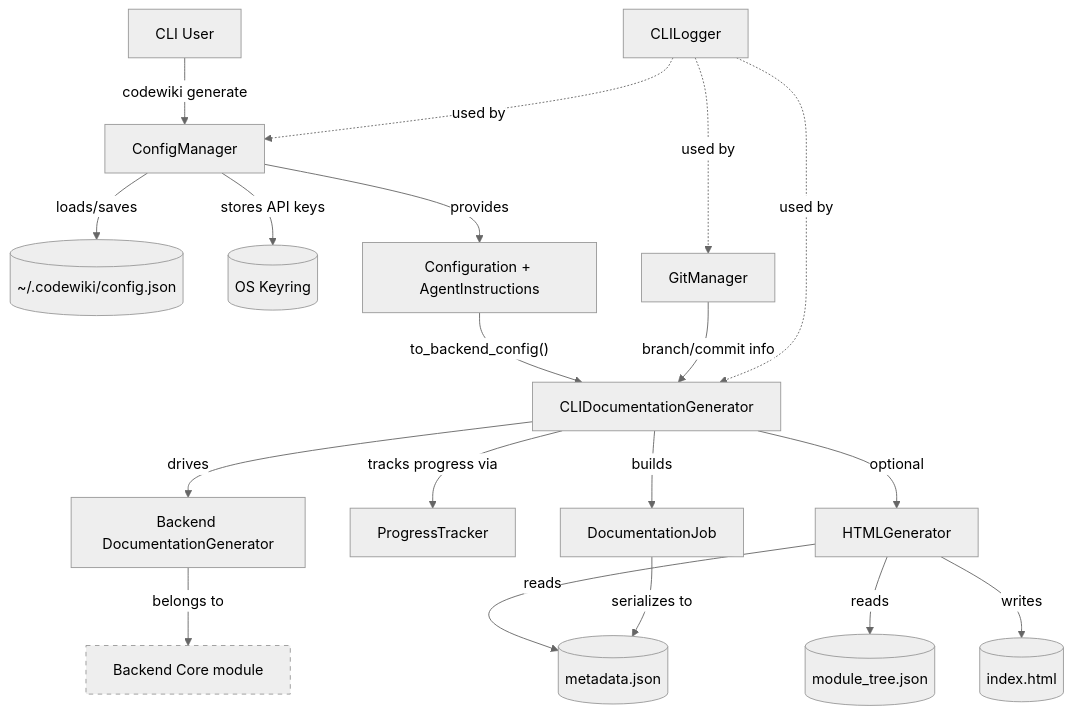
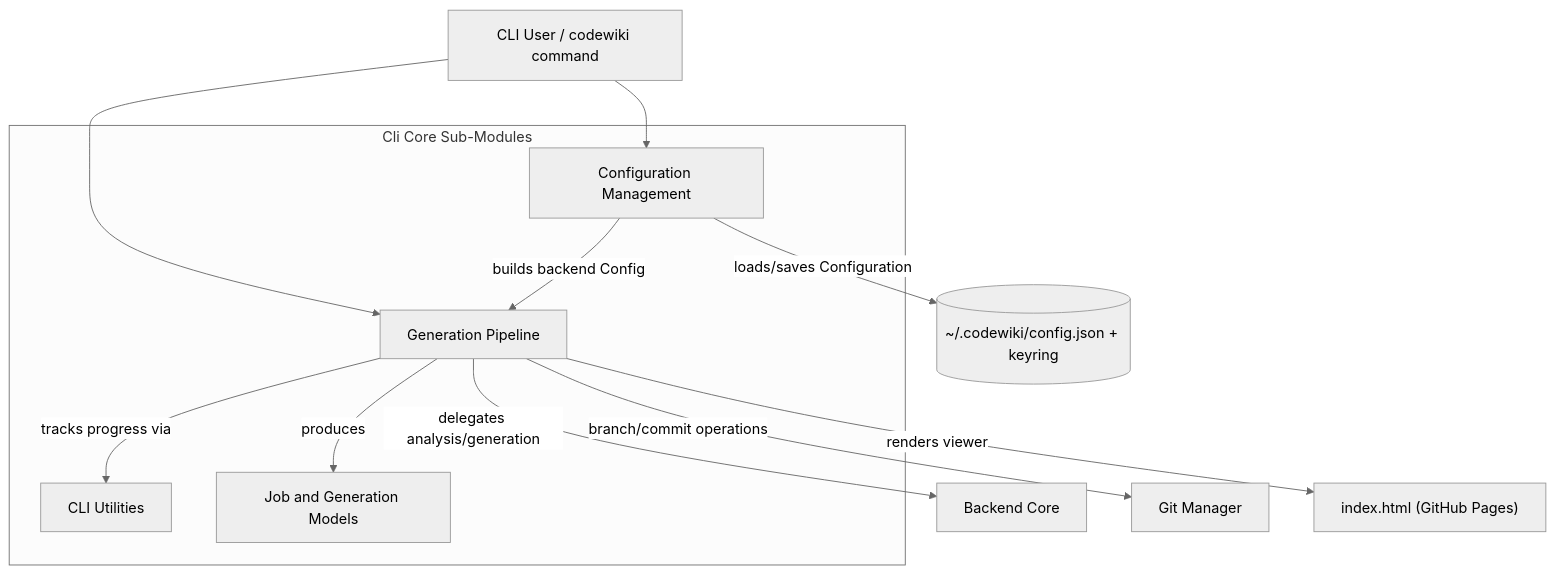
One commit to flamingo-stack/CodeWiki changed the first of 2 diagrams in docs/reference/architecture/cli-core/cli-core.md. Above: the diagram before and after it, drawn with Mermaid (neutral theme). The commit also changed other lines of this file and 275 other files, not shown here.

````diff
--- a/docs/reference/architecture/cli-core/cli-core.md
+++ b/docs/reference/architecture/cli-core/cli-core.md
@@ -20,29 +17,21 @@
 ```mermaid
 flowchart TD
-    User["CLI User"] -->|"codewiki generate"| ConfigMgr["ConfigManager"]
-    ConfigMgr -->|"loads/saves"| ConfigFile[("~/.codewiki/config.json")]
-    ConfigMgr -->|"stores API keys"| Keyring[("OS Keyring")]
-    ConfigMgr -->|"provides"| Config["Configuration + AgentInstructions"]
+    User["CLI User / codewiki command"] --> ConfigMgmt["Configuration Management"]
+    User --> GenPipeline["Generation Pipeline"]
 
-    Config -->|"to_backend_config()"| CLIDocGen["CLIDocumentationGenerator"]
-    GitMgr["GitManager"] -->|"branch/commit info"| CLIDocGen
+    ConfigMgmt -->|"loads/saves Configuration"| ConfigFile[("~/.codewiki/config.json + keyring")]
+    ConfigMgmt -->|"builds backend Config"| GenPipeline
 
-    CLIDocGen -->|"drives"| BackendGen["Backend DocumentationGenerator"]
-    CLIDocGen -->|"tracks progress via"| Progress["ProgressTracker"]
-    CLIDocGen -->|"builds"| Job["DocumentationJob"]
-    CLIDocGen -->|"optional"| HTMLGen["HTMLGenerator"]
+    GenPipeline -->|"tracks progress via"| CLIUtils["CLI Utilities"]
+    GenPipeline -->|"produces"| JobModels["Job and Generation Models"]
+    GenPipeline -->|"delegates analysis/generation"| BackendCore["Backend Core"]
+    GenPipeline -->|"branch/commit operations"| GitOps["Git Manager"]
+    GenPipeline -->|"renders viewer"| HTMLOut["index.html (GitHub Pages)"]
 
-    HTMLGen -->|"reads"| ModuleTree[("module_tree.json")]
-    HTMLGen -->|"reads"| Metadata[("metadata.json")]
-    HTMLGen -->|"writes"| IndexHTML[("index.html")]
-
-    Job -->|"serializes to"| Metadata
-
-    Logger["CLILogger"] -.->|"used by"| CLIDocGen
-    Logger -.->|"used by"| ConfigMgr
-    Logger -.->|"used by"| GitMgr
-
-    BackendGen -->|"belongs to"| BackendCore["Backend Core module"]
-
-    style BackendCore fill:#eee,stroke:#999,stroke-dasharray: 5 5
+    subgraph submodules["Cli Core Sub-Modules"]
+        ConfigMgmt
+        JobModels
+        GenPipeline
+        CLIUtils
+    end
 ```
````
